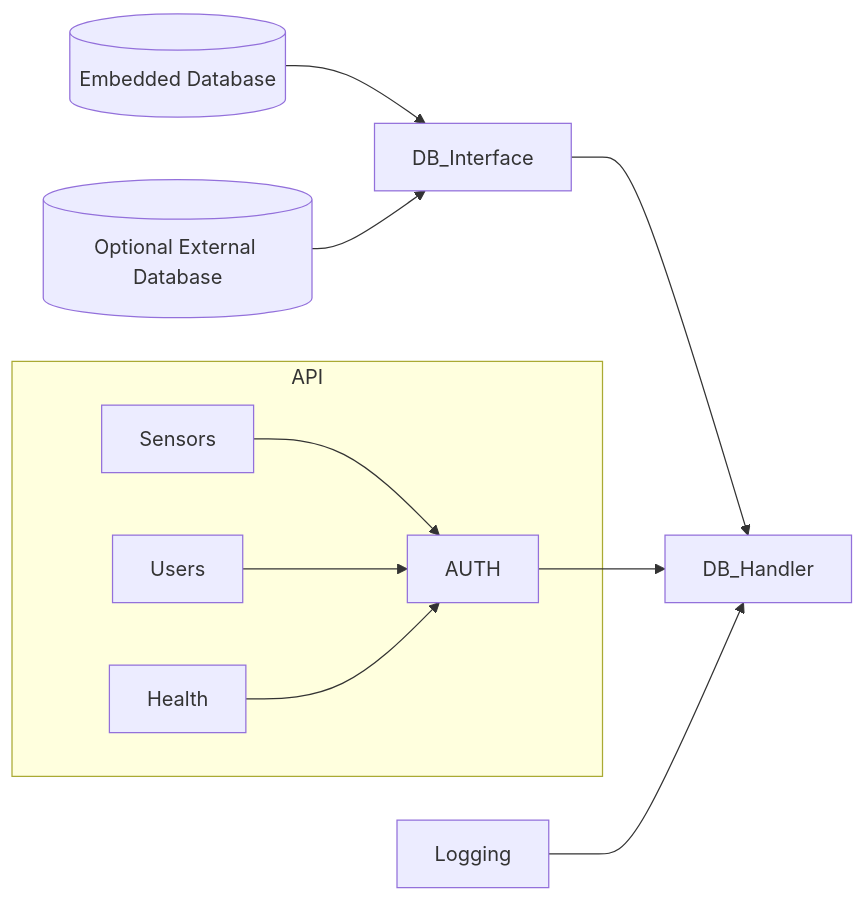
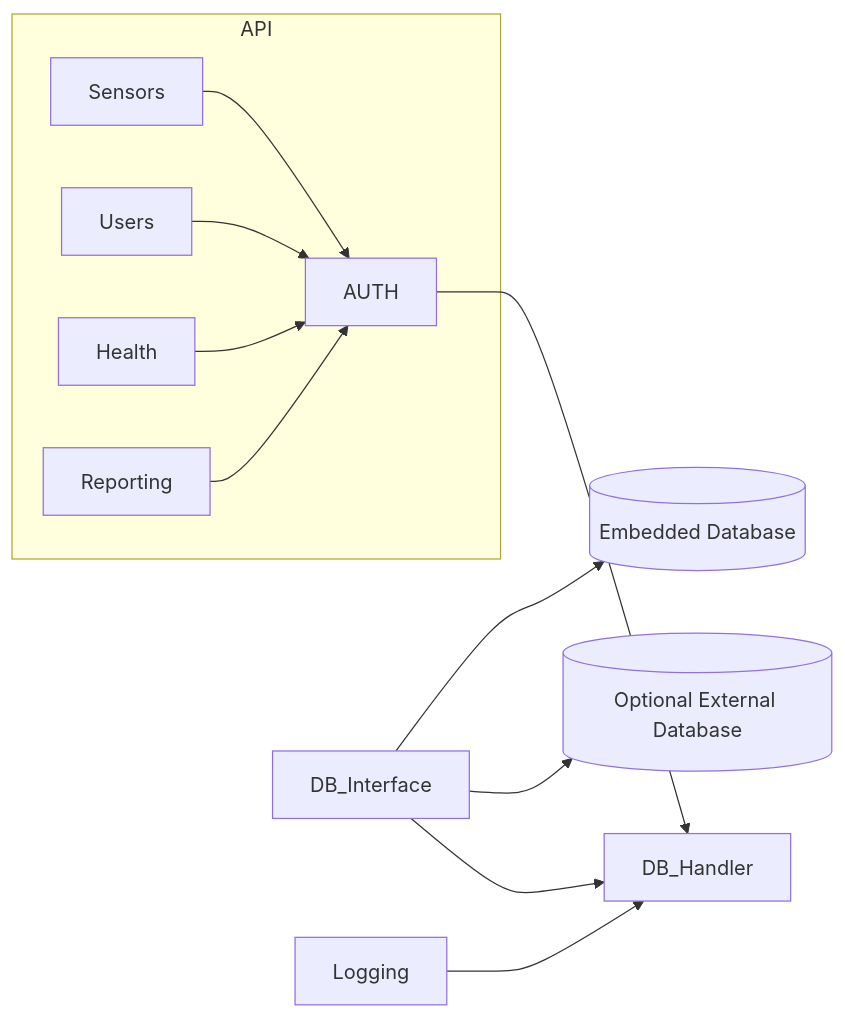
The diagram in Documentation/SensorCommandSensor_Main_Flow.md (CharisGrubb/SensorCommandCenter), drawn with Mermaid before and after one commit.

Commit message:
flipped arrows around for db interface to db

````diff
--- a/Documentation/SensorCommandSensor_Main_Flow.md
+++ b/Documentation/SensorCommandSensor_Main_Flow.md
@@ -1,16 +1,17 @@
 ```mermaid 
 
 graph LR;
 
-db1[(Embedded Database)]-->DB_Interface;
-db2[(Optional External Database)]-->DB_Interface;
+DB_Interface-->db1[(Embedded Database)];
+DB_Interface-->db2[(Optional External Database)];
 DB_Interface-->DB_Handler;
 DB_Handler;
 subgraph API;
 Sensors-->AUTH;
 Users-->AUTH;
 Health-->AUTH;
+Reporting-->AUTH;
 end;
 AUTH-->DB_Handler;
 Logging-->DB_Handler;
 ```
````
